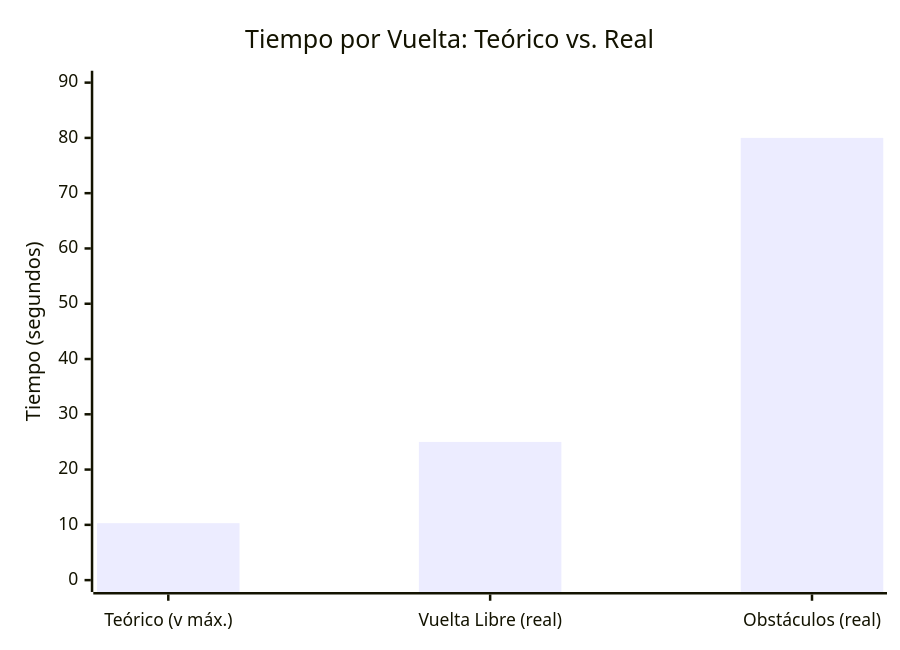
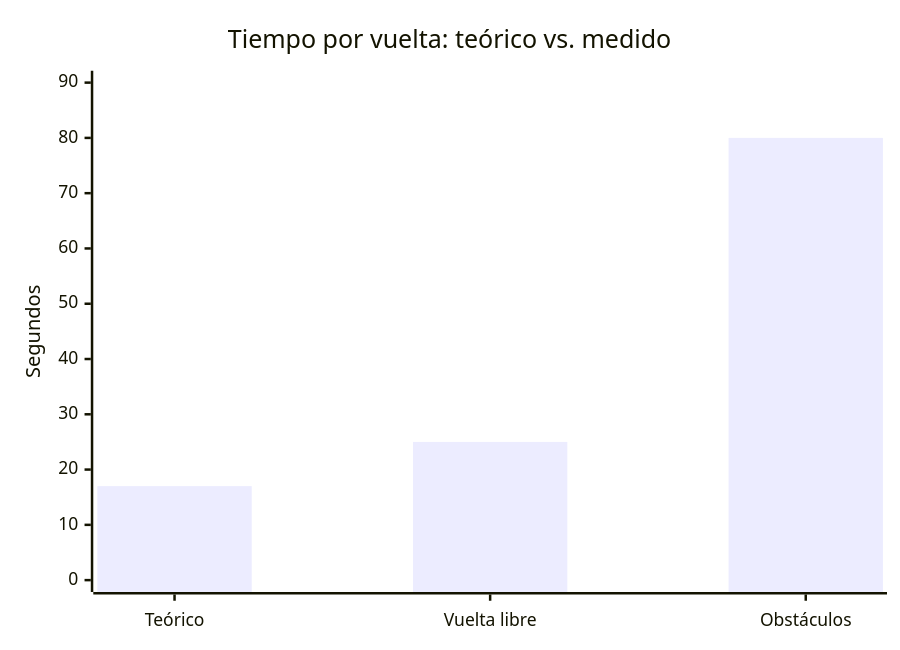
One commit to erchivox/Prometheus-Team-2026 changed the fourth of 6 diagrams in README.md. Above: the diagram before and after it, drawn with Mermaid. The commit also changed other lines of this file, not shown here.

````diff
--- a/README.md
+++ b/README.md
@@ -803,7 +514,7 @@
 ```mermaid
 xychart-beta
-    title "Tiempo por Vuelta: Teórico vs. Real"
-    x-axis ["Teórico (v máx.)", "Vuelta Libre (real)", "Obstáculos (real)"]
-    y-axis "Tiempo (segundos)" 0 --> 90
-    bar [10.3, 25, 80]
+    title "Tiempo por vuelta: teórico vs. medido"
+    x-axis ["Teórico", "Vuelta libre", "Obstáculos"]
+    y-axis "Segundos" 0 --> 90
+    bar [17, 25, 80]
 ```
````
